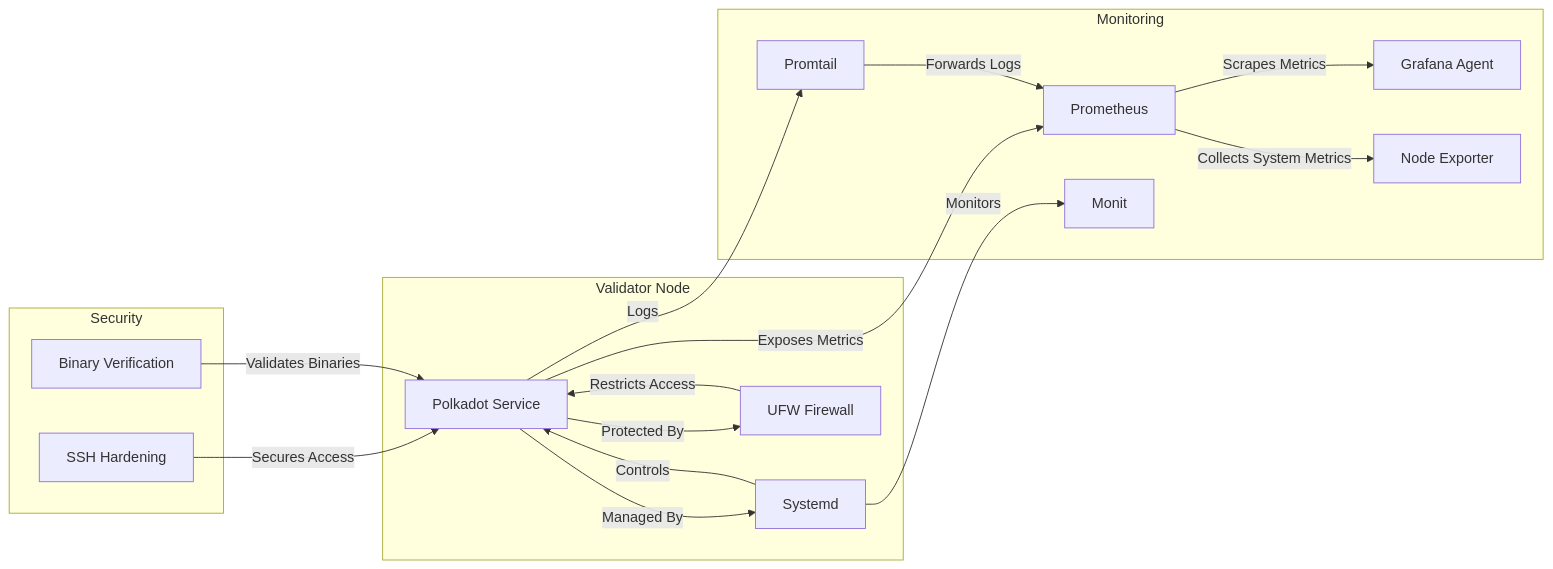
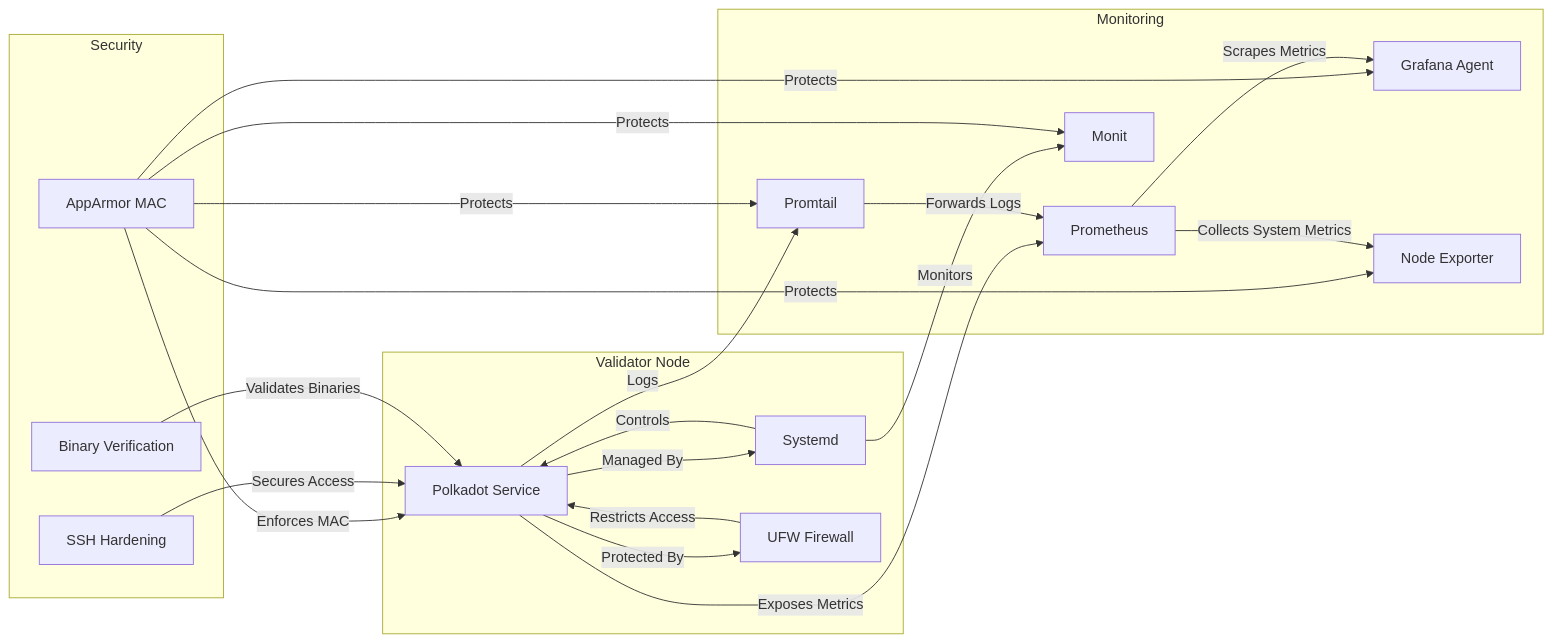
The second of 2 diagrams in README.md (pampatzoglou/provision-validators), drawn with Mermaid before and after one commit. The commit also changed other lines of this file and 41 other files, not shown here.

````diff
--- a/README.md
+++ b/README.md
@@ -44,39 +50,45 @@
 ```mermaid
 graph LR
     subgraph Validator Node
         A[Polkadot Service]
         B[Systemd]
         C[UFW Firewall]
     end
 
     subgraph Monitoring
         D[Prometheus]
         E[Grafana Agent]
         F[Node Exporter]
         G[Promtail]
         H[Monit]
     end
 
     subgraph Security
         I[SSH Hardening]
         J[Binary Verification]
+        K[AppArmor MAC]
     end
 
     A -->|Exposes Metrics| D
     A -->|Logs| G
     A -->|Managed By| B
     A -->|Protected By| C
 
     B -->|Monitors| H
     B -->|Controls| A
 
     C -->|Restricts Access| A
+    K -->|Enforces MAC| A
+    K -->|Protects| E
+    K -->|Protects| F
+    K -->|Protects| G
+    K -->|Protects| H
 
     D -->|Scrapes Metrics| E
     D -->|Collects System Metrics| F
 
     G -->|Forwards Logs| D
 
     I -->|Secures Access| A
     J -->|Validates Binaries| A
 ```
````
